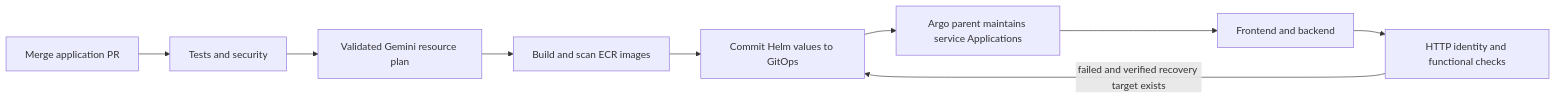
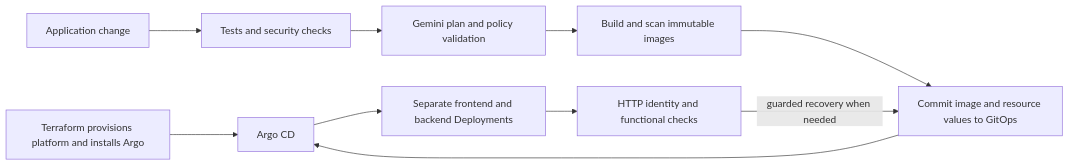
The diagram in README.md (surendarrajasekaran/om-idea-board), drawn with Mermaid before and after one commit. The commit also changed other lines of this file, not shown here.

Commit message:
Document generic application setup and delivery

````diff
--- a/README.md
+++ b/README.md
@@ -41,11 +38,12 @@
 ```mermaid
 flowchart LR
-  Change[Merge application PR] --> CI[Tests and security]
-  CI --> AI[Validated Gemini resource plan]
-  AI --> Images[Build and scan ECR images]
-  Images --> Values[Commit Helm values to GitOps]
-  Values --> Parent[Argo parent maintains service Applications]
-  Parent --> Services[Frontend and backend]
-  Services --> Health[HTTP identity and functional checks]
-  Health -->|failed and verified recovery target exists| Values
+  TF[Terraform provisions platform and installs Argo] --> Argo[Argo CD]
+  Code[Application change] --> CI[Tests and security checks]
+  CI --> AI[Gemini plan and policy validation]
+  AI --> Images[Build and scan immutable images]
+  Images --> Git[Commit image and resource values to GitOps]
+  Git --> Argo
+  Argo --> Apps[Separate frontend and backend Deployments]
+  Apps --> Health[HTTP identity and functional checks]
+  Health -->|guarded recovery when needed| Git
 ```
````
